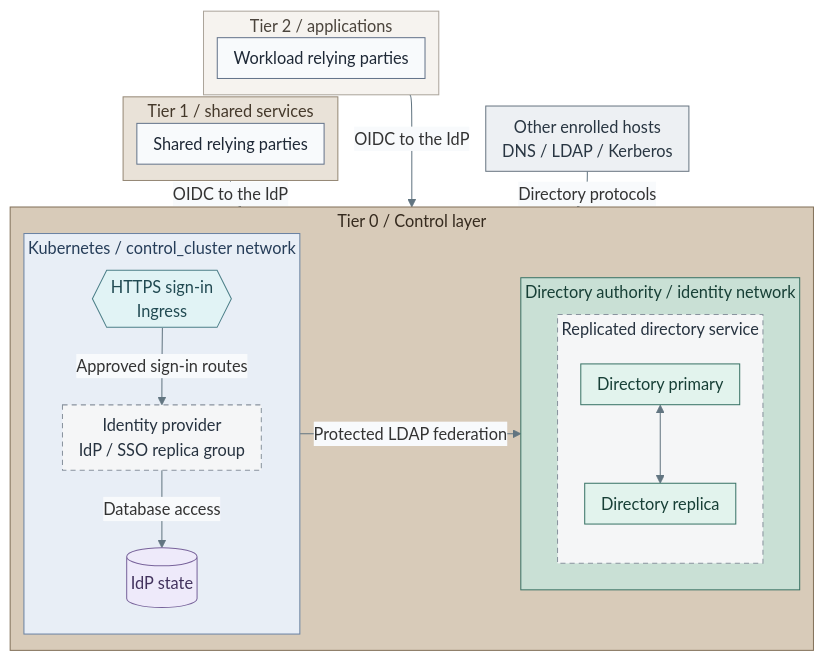
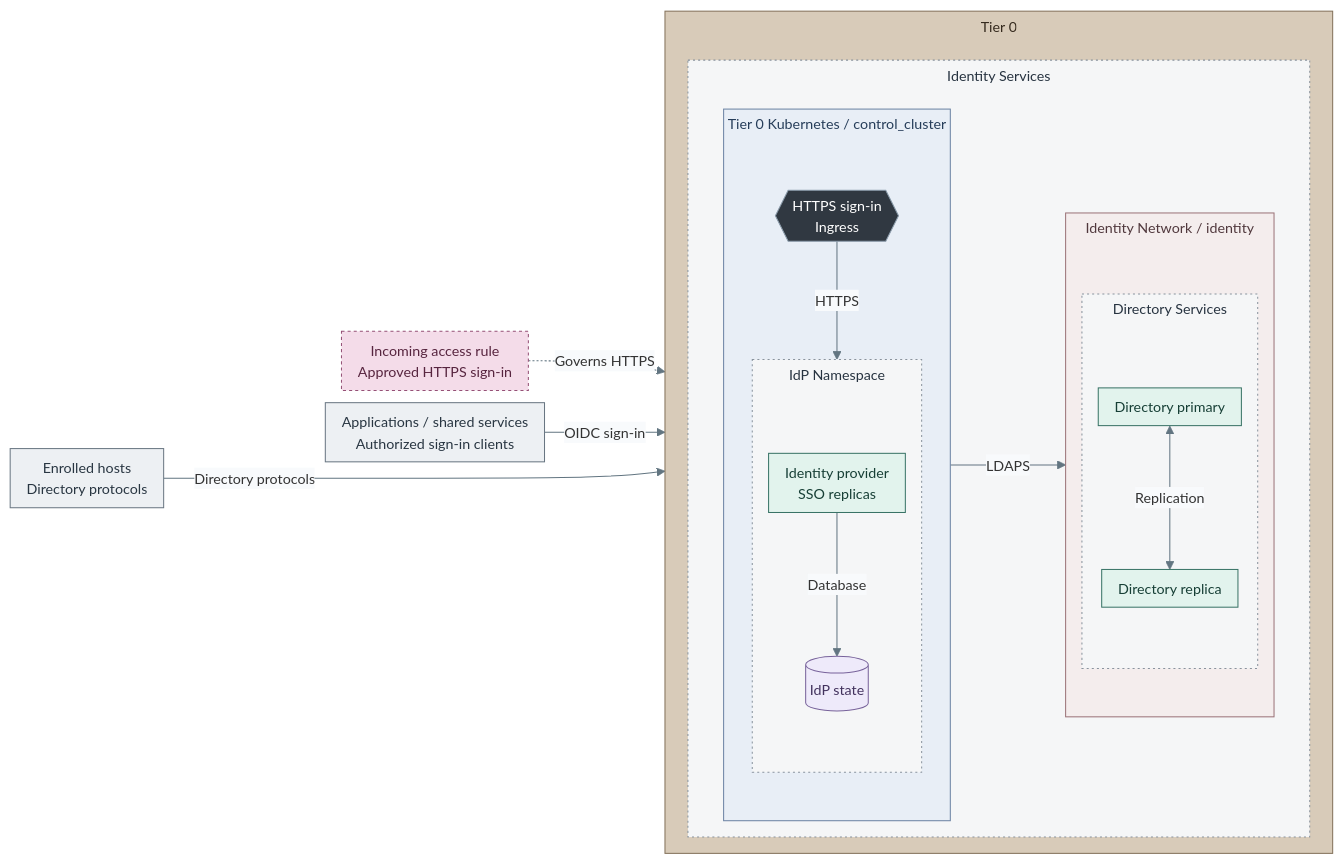
One commit to Rexus/homelab changed the first of 2 diagrams in docs/01-architecture/09-identity/README.md. Above: the diagram before and after it, drawn with Mermaid. The commit also changed other lines of this file and 124 other files, not shown here.

First line of the commit message:
fix(platform): align service diagrams and directory failover

````diff
--- a/docs/01-architecture/09-identity/README.md
+++ b/docs/01-architecture/09-identity/README.md
@@ -14,57 +14,62 @@
 ```mermaid
-%%{init: {"theme":"base","flowchart":{"nodeSpacing":12,"rankSpacing":2,"padding":8,"subGraphTitleMargin":{"top":2,"bottom":8}},"themeVariables":{"lineColor":"#627581","edgeLabelBackground":"#f8fafc"}}}%%
-flowchart TB
-  subgraph T2["Tier 2 / applications"]
-    Apps["Workload relying parties"]
+%%{init: {"theme":"base","flowchart":{"nodeSpacing":12,"rankSpacing":20,"padding":8,"subGraphTitleMargin":{"top":4,"bottom":28}},"themeVariables":{"fontFamily":"Arial, sans-serif","fontSize":"14px","lineColor":"#627581","edgeLabelBackground":"#f8fafc"},"fontFamily":"Arial, sans-serif"}}%%
+flowchart LR
+  NetworkRule["Incoming access rule<br/>Approved HTTPS sign-in"]
+  Consumers["Applications / shared services<br/>Authorized sign-in clients"]
+  Hosts["Enrolled hosts<br/>Directory protocols"]
+  subgraph T0["Tier 0"]
+    direction LR
+    subgraph IdentityServices["Identity Services"]
+      direction LR
+      subgraph Cluster["Tier 0 Kubernetes / control_cluster"]
+        direction TB
+        Ingress{{"HTTPS sign-in<br/>Ingress"}}
+        subgraph IdPNamespace["IdP Namespace"]
+          direction TB
+          IdP["Identity provider<br/>SSO replicas"]
+          Data[("IdP state")]
+          IdP -->|Database| Data
+        end
+        Ingress -->|HTTPS| IdPNamespace
+      end
+      subgraph Directory["Identity Network / identity"]
+        direction TB
+        subgraph Pair["Directory Services"]
+          direction TB
+          Primary["Directory primary"]
+          Replica["Directory replica"]
+          Primary <-->|Replication| Replica
+        end
+      end
+      IdPNamespace -->|LDAPS| Directory
+    end
   end
-  subgraph T1["Tier 1 / shared services"]
-    Shared["Shared relying parties"]
-  end
-  Hosts["Other enrolled hosts<br/>DNS / LDAP / Kerberos"]
-  subgraph T0["Tier 0 / Control layer"]
-    direction LR
-    subgraph Cluster["Kubernetes / control_cluster network"]
-      direction TB
-      Ingress{{"HTTPS sign-in<br/>Ingress"}}
-      IdP["Identity provider<br/>IdP / SSO replica group"]
-      Data[("IdP state")]
-      Ingress -->|Approved sign-in routes| IdP
-      IdP -->|Database access| Data
-    end
-    subgraph Directory["Directory authority / identity network"]
-      direction TB
-      subgraph DirectoryGroup["Replicated directory service"]
-        direction TB
-        Primary["Directory primary"] <--> Replica["Directory replica"]
-      end
-    end
-    Cluster -->|Protected LDAP federation| Directory
-  end
-  T2 ~~~ T1
-  T1 -->|OIDC to the IdP| T0
-  T2 -->|OIDC to the IdP| T0
-  Hosts -->|Directory protocols| T0
+  NetworkRule -. Governs HTTPS .-> Ingress
+  Consumers -->|OIDC sign-in| Ingress
+  Hosts ---->|Directory protocols| Directory
   classDef default fill:#f8fafc,stroke:#64748b,color:#1f2937
-  classDef services fill:#e7f0fc,stroke:#4d719b,color:#203a5b
-  classDef control fill:#e2f3ed,stroke:#397366,color:#173f36
-  classDef runtime fill:#d9eeec,stroke:#4d7b77,color:#173f3e
-  classDef data fill:#eeeafa,stroke:#78639b,color:#42325d
-  classDef actor fill:#edf0f3,stroke:#697682,color:#293642
-  classDef replicas fill:#f5f6f7,stroke:#89939e,color:#273340,stroke-dasharray:5 4
-  class Data data
-  class Hosts actor
-  class IdP,DirectoryGroup replicas
-  class Primary,Replica control
+  class IdP default
+  classDef tier0 fill:#d8cbb9,stroke:#83715a,color:#352a1e
+  class T0 tier0
+  classDef deploymentGroup fill:#f5f6f7,stroke:#89939e,color:#273340,stroke-dasharray:2 3
+  class IdentityServices deploymentGroup
+  classDef group fill:#f5f6f7,stroke:#89939e,color:#273340,stroke-dasharray:2 3
+  class IdPNamespace group
   classDef kubernetes fill:#e8eef6,stroke:#6b83a3,color:#263d59
   class Cluster kubernetes
-  classDef traffic fill:#e1f3f5,stroke:#4c7f88,color:#214a52
+  classDef zoneControl fill:#c9e0d5,stroke:#397366,color:#173f36
+  classDef control fill:#e2f3ed,stroke:#397366,color:#173f36
+  class Primary,Replica,IdP control
+  classDef replicas fill:#f5f6f7,stroke:#89939e,color:#273340,stroke-dasharray:2 3
+  class Pair replicas
+  classDef data fill:#eeeafa,stroke:#78639b,color:#42325d
+  class Data data
+  classDef traffic fill:#303841,stroke:#8a9baa,color:#ffffff
   class Ingress traffic
-  classDef tier0 fill:#d8cbb9,stroke:#83715a,color:#352a1e
-  class T0 tier0
-  classDef tier1 fill:#e9e2d8,stroke:#968976,color:#44382a
-  class T1 tier1
-  classDef tier2 fill:#f6f3ef,stroke:#aca59b,color:#4b443c
-  class T2 tier2
-  classDef zoneControl fill:#c9e0d5,stroke:#397366,color:#173f36
-  class Directory zoneControl
+  classDef policy fill:#f4dce9,stroke:#955076,color:#57253f,stroke-dasharray:3 3
+  class NetworkRule policy
+  classDef actor fill:#edf0f3,stroke:#697682,color:#293642
+  class Consumers,Hosts actor
+  classDef network fill:#f4eded,stroke:#9b7378,color:#50383d
+  class Directory network
 ```
````
